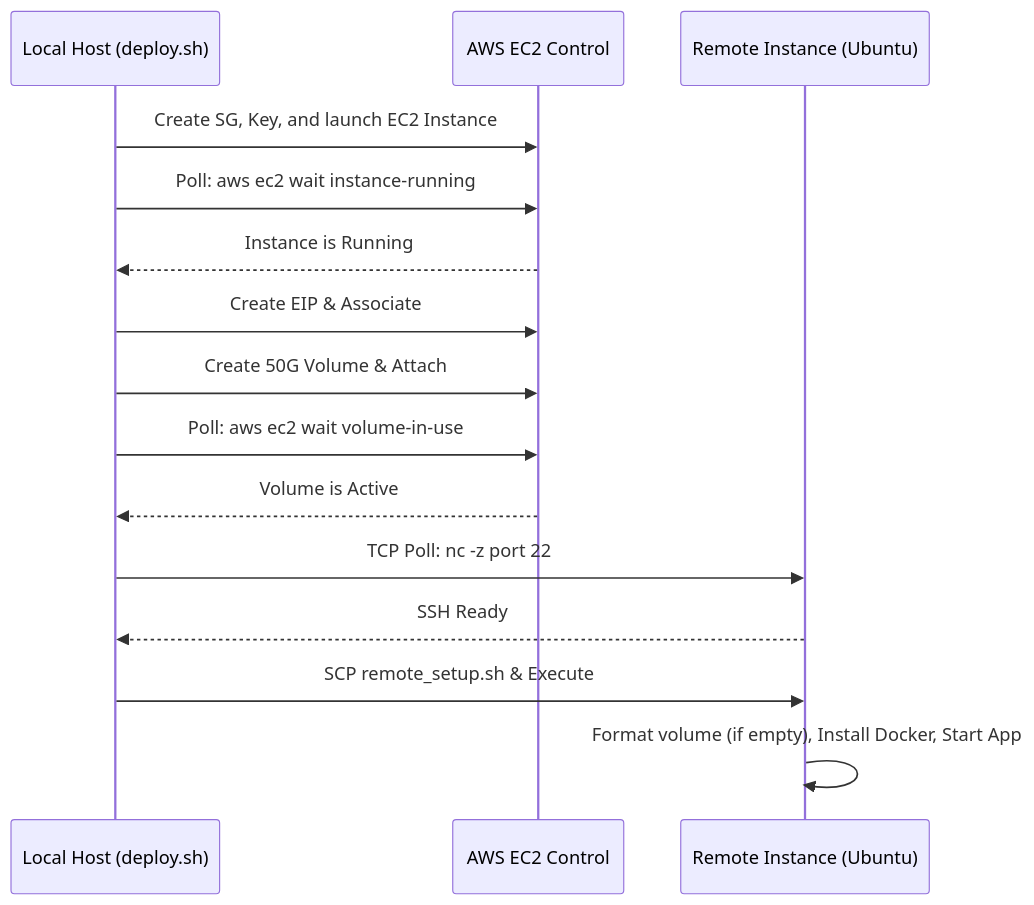
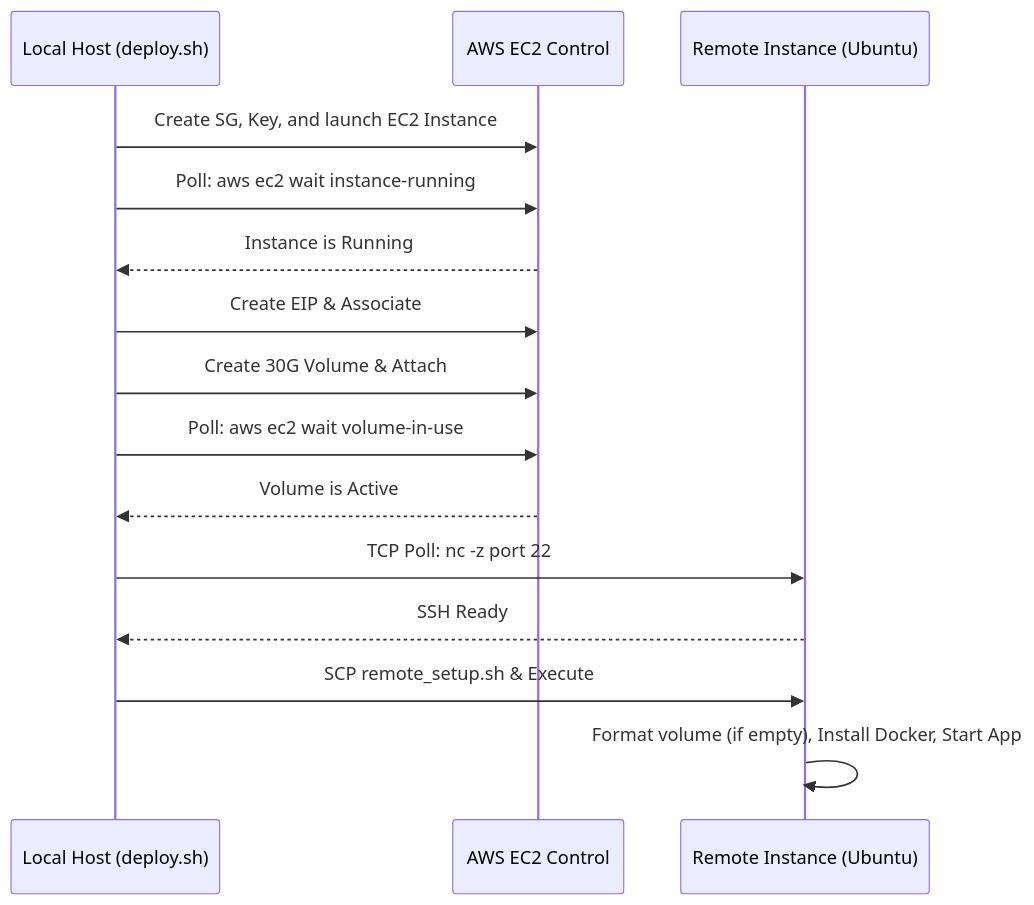
The diagram in deployment/qa_review.md (llathrop/Dive_Service_Management), drawn with Mermaid before and after one commit. The commit also changed other lines of this file and 2 other files, not shown here.

Commit message:
chore(ops): optimize VM and storage specs for AWS Free Tier (t2.micro and 30GB EBS)

````diff
--- a/deployment/qa_review.md
+++ b/deployment/qa_review.md
@@ -40,18 +40,18 @@
 ```mermaid
 sequenceDiagram
     participant Local as Local Host (deploy.sh)
     participant AWS as AWS EC2 Control
     participant VM as Remote Instance (Ubuntu)
 
     Local->>AWS: Create SG, Key, and launch EC2 Instance
     Local->>AWS: Poll: aws ec2 wait instance-running
     AWS-->>Local: Instance is Running
     Local->>AWS: Create EIP & Associate
-    Local->>AWS: Create 50G Volume & Attach
+    Local->>AWS: Create 30G Volume & Attach
     Local->>AWS: Poll: aws ec2 wait volume-in-use
     AWS-->>Local: Volume is Active
     Local->>VM: TCP Poll: nc -z port 22
     VM-->>Local: SSH Ready
     Local->>VM: SCP remote_setup.sh & Execute
     VM->>VM: Format volume (if empty), Install Docker, Start App
 ```
````
